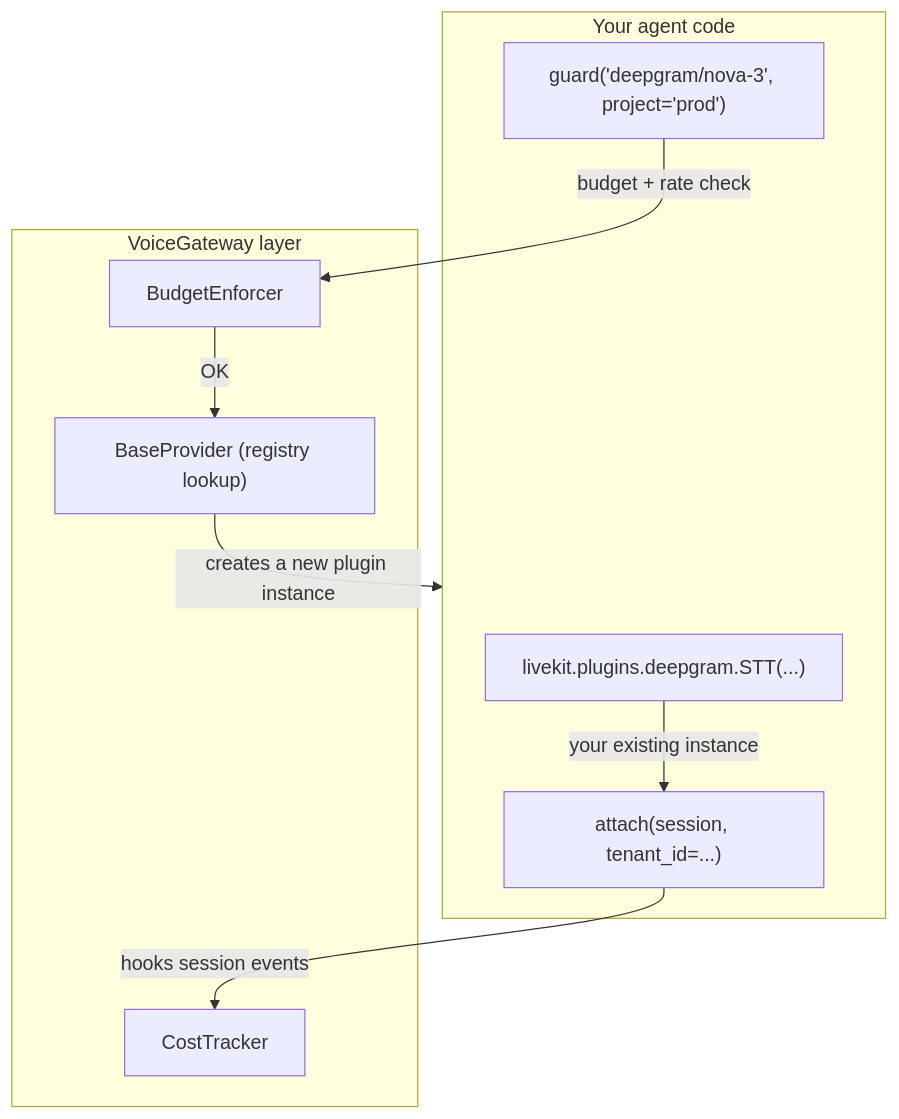
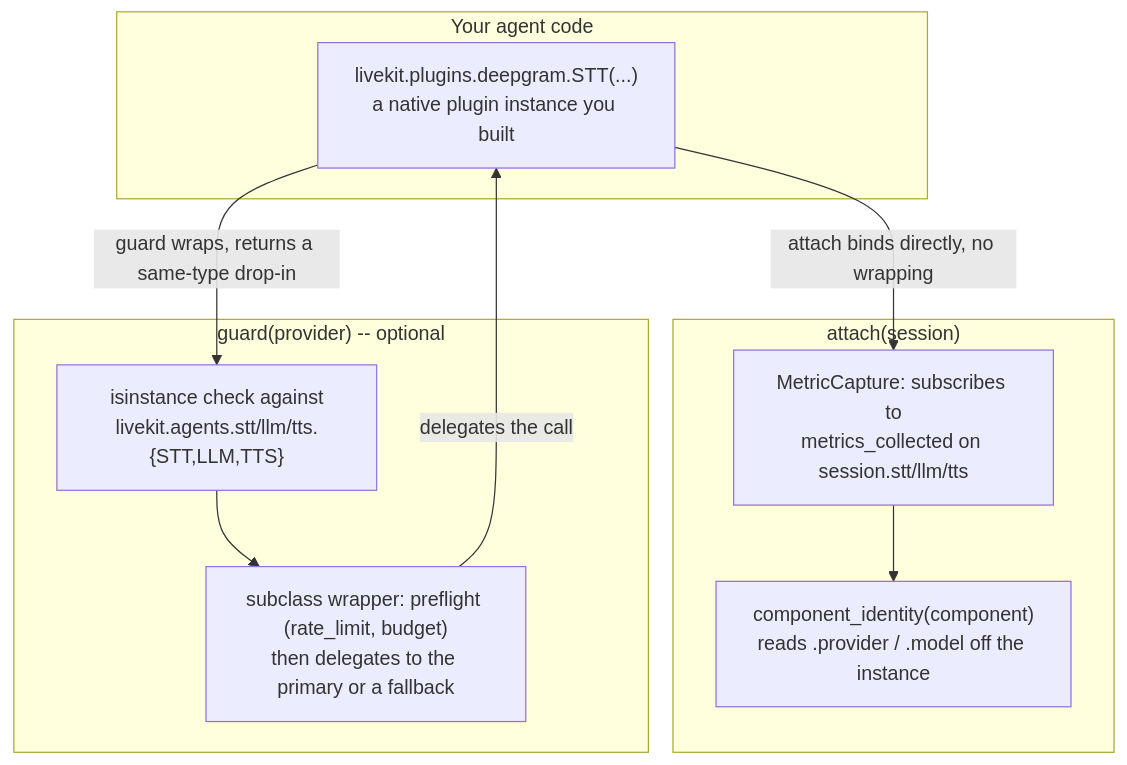
The first of 2 diagrams in docs/architecture/provider-abstraction.md (mahimailabs/voicegateway), drawn with Mermaid before and after one commit. The commit also changed other lines of this file and 35 other files, not shown here.

````diff
--- a/docs/architecture/provider-abstraction.md
+++ b/docs/architecture/provider-abstraction.md
@@ -55,20 +57,22 @@
 ```mermaid
 graph TD
     subgraph YourCode["Your agent code"]
-        PI["livekit.plugins.deepgram.STT(...)"]
-        ATT["attach(session, tenant_id=...)"]
-        GRD["guard('deepgram/nova-3', project='prod')"]
+        PI["livekit.plugins.deepgram.STT(...)<br/>a native plugin instance you built"]
     end
 
-    subgraph VG["VoiceGateway layer"]
-        BP["BaseProvider (registry lookup)"]
-        CT["CostTracker"]
-        BE["BudgetEnforcer"]
+    subgraph Attach["attach(session)"]
+        CI["component_identity(component)<br/>reads .provider / .model off the instance"]
+        MC["MetricCapture: subscribes to<br/>metrics_collected on session.stt/llm/tts"]
     end
 
-    PI -->|your existing instance| ATT
-    ATT -->|hooks session events| CT
-    GRD -->|budget + rate check| BE
-    BE -->|OK| BP
-    BP -->|creates a new plugin instance| YourCode
+    subgraph Guard["guard(provider) -- optional"]
+        TC["isinstance check against<br/>livekit.agents.stt/llm/tts.{STT,LLM,TTS}"]
+        WRAP["subclass wrapper: preflight (rate_limit, budget)<br/>then delegates to the primary or a fallback"]
+    end
+
+    PI -->|attach binds directly, no wrapping| MC
+    MC --> CI
+    PI -->|guard wraps, returns a same-type drop-in| TC
+    TC --> WRAP
+    WRAP -->|delegates the call| PI
 ```
````
